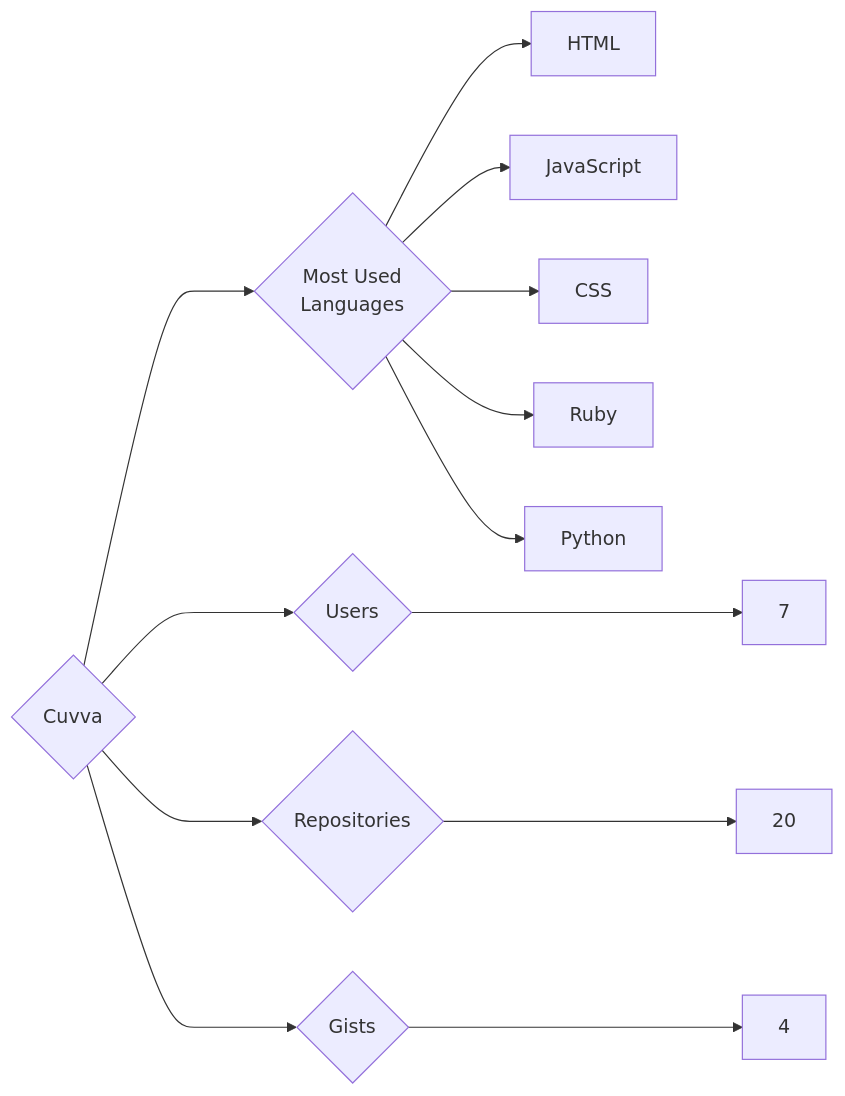
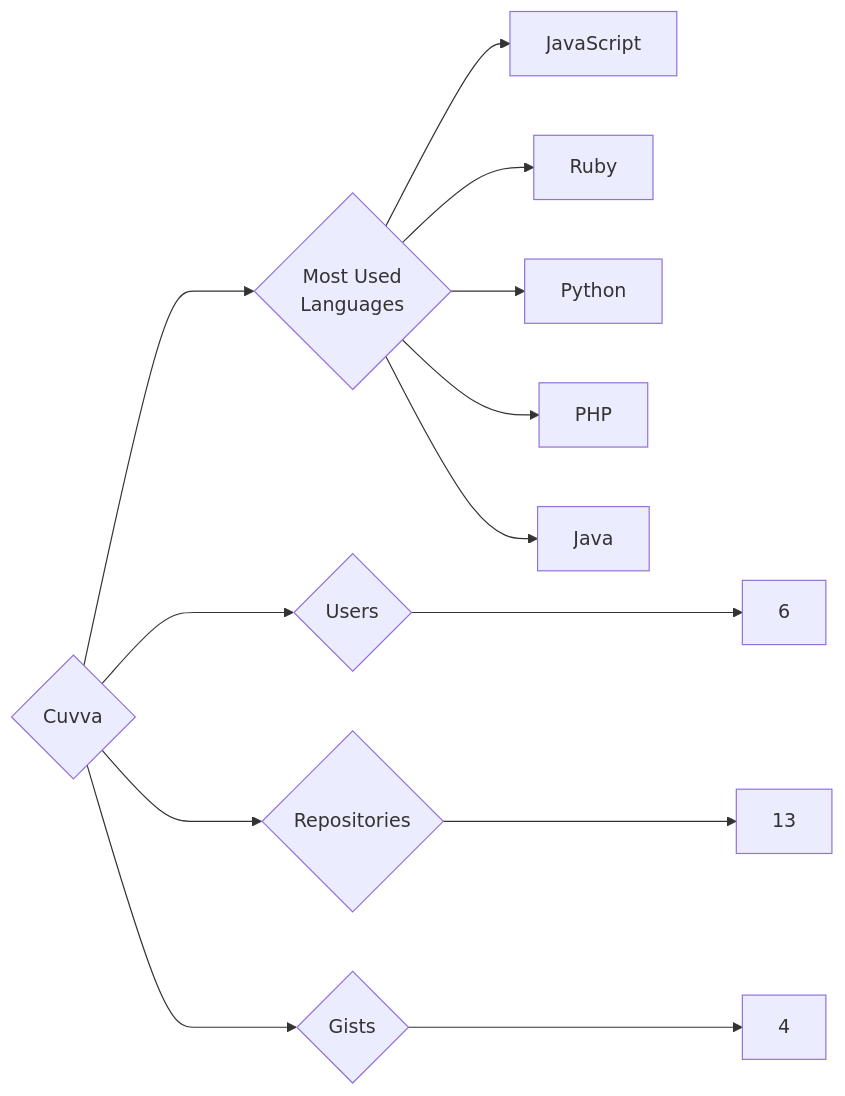
The diagram in targets/Cuvva/README.md (trickest/insiders), drawn with Mermaid before and after one commit. The commit also changed 1007 other files, not shown here.

````diff
--- a/targets/Cuvva/README.md
+++ b/targets/Cuvva/README.md
@@ -3,13 +3,13 @@
 ```mermaid
 graph LR
 COMPANY_NAME{Cuvva}
-COMPANY_NAME ---> U{Users} ---> UN[7]
-COMPANY_NAME ---> R{Repositories} ---> RN[20]
+COMPANY_NAME ---> U{Users} ---> UN[6]
+COMPANY_NAME ---> R{Repositories} ---> RN[13]
 COMPANY_NAME ---> G{Gists} ---> GN[4]
 COMPANY_NAME ---> ML{Most Used<br>Languages}
-ML --> HTML[HTML]
 ML --> JavaScript[JavaScript]
-ML --> CSS[CSS]
 ML --> Ruby[Ruby]
 ML --> Python[Python]
+ML --> PHP[PHP]
+ML --> Java[Java]
 ```
````
